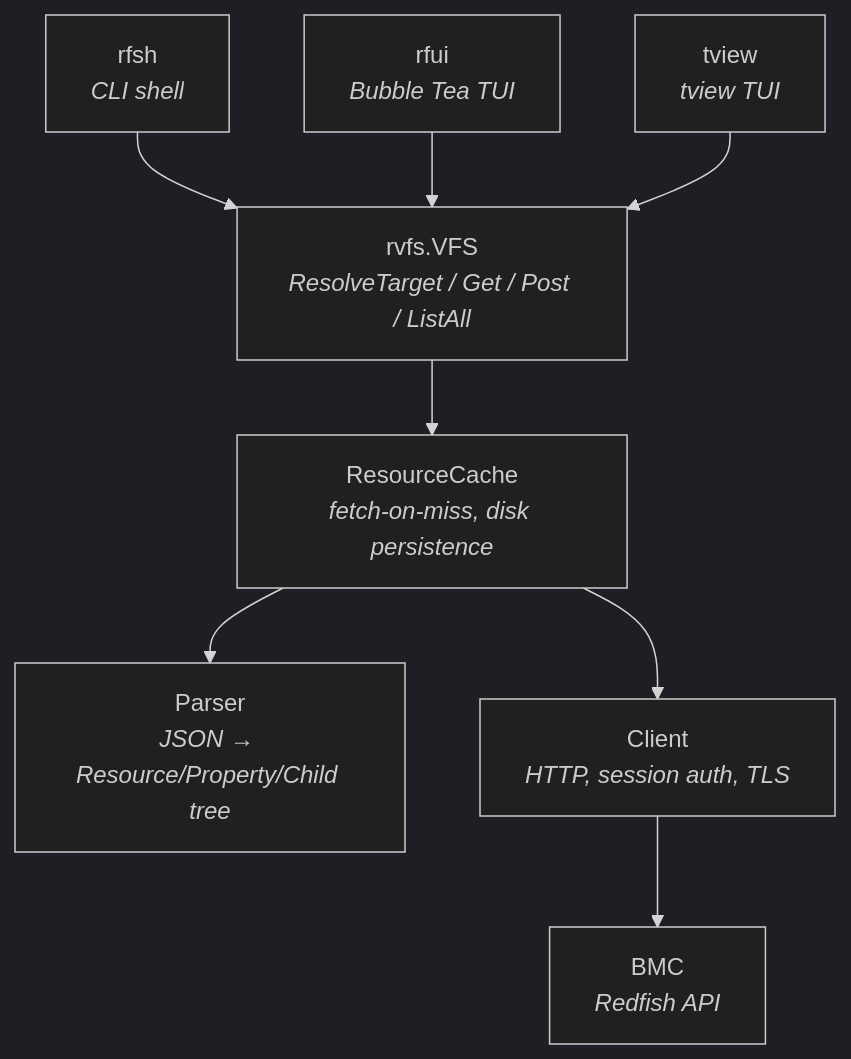
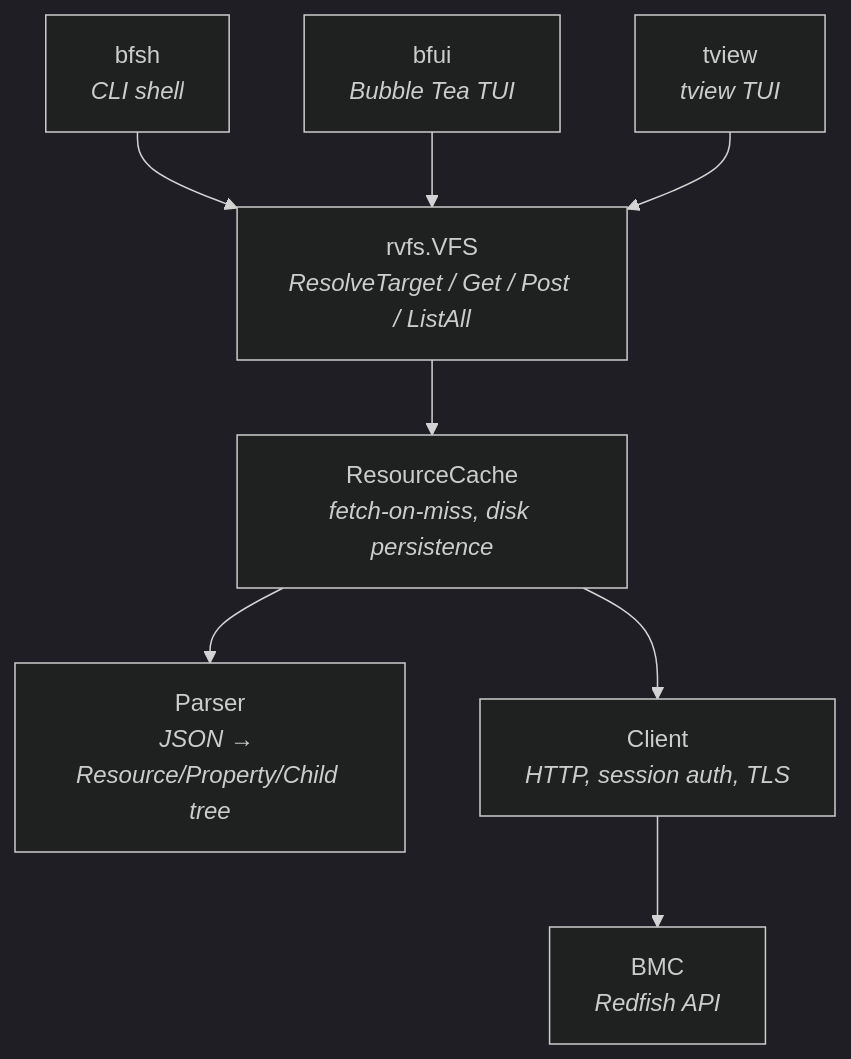
Before and after one commit to bluefish-project/bluefish: the first of 3 diagrams in README.md, drawn with Mermaid (dark theme). The commit also changed other lines of this file and 22 other files, not shown here.

First line of the commit message:
Rename rfsh/rfui to bfsh/bfui, lipgloss styles, scrape and refresh

````diff
--- a/README.md
+++ b/README.md
@@ -36,20 +36,20 @@
 ```mermaid
 graph TD
-    rfsh["rfsh<br/><i>CLI shell</i>"]
-    rfui["rfui<br/><i>Bubble Tea TUI</i>"]
+    bfsh["bfsh<br/><i>CLI shell</i>"]
+    bfui["bfui<br/><i>Bubble Tea TUI</i>"]
     tview["tview<br/><i>tview TUI</i>"]
 
     vfs["rvfs.VFS<br/><i>ResolveTarget / Get / Post / ListAll</i>"]
     cache["ResourceCache<br/><i>fetch-on-miss, disk persistence</i>"]
     parser["Parser<br/><i>JSON → Resource/Property/Child tree</i>"]
     client["Client<br/><i>HTTP, session auth, TLS</i>"]
     bmc["BMC<br/><i>Redfish API</i>"]
 
-    rfsh --> vfs
-    rfui --> vfs
+    bfsh --> vfs
+    bfui --> vfs
     tview --> vfs
     vfs --> cache
     cache --> parser
     cache --> client
     client --> bmc
 ```
````
